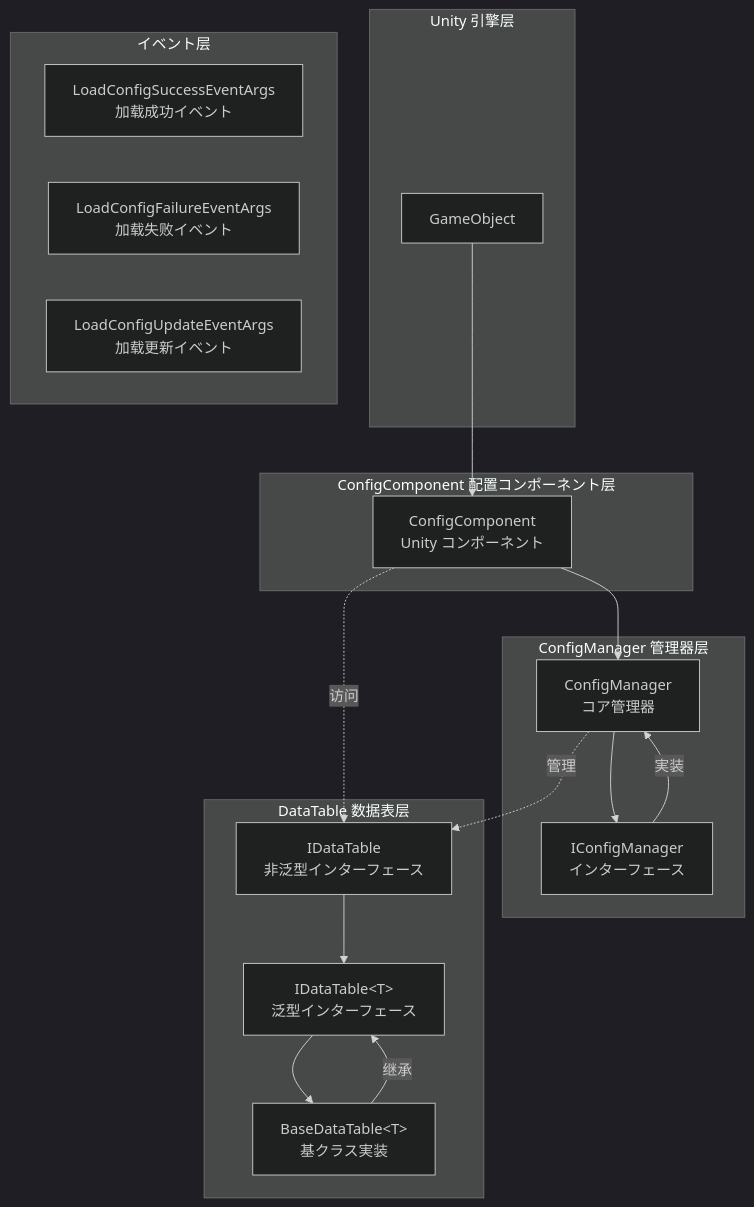
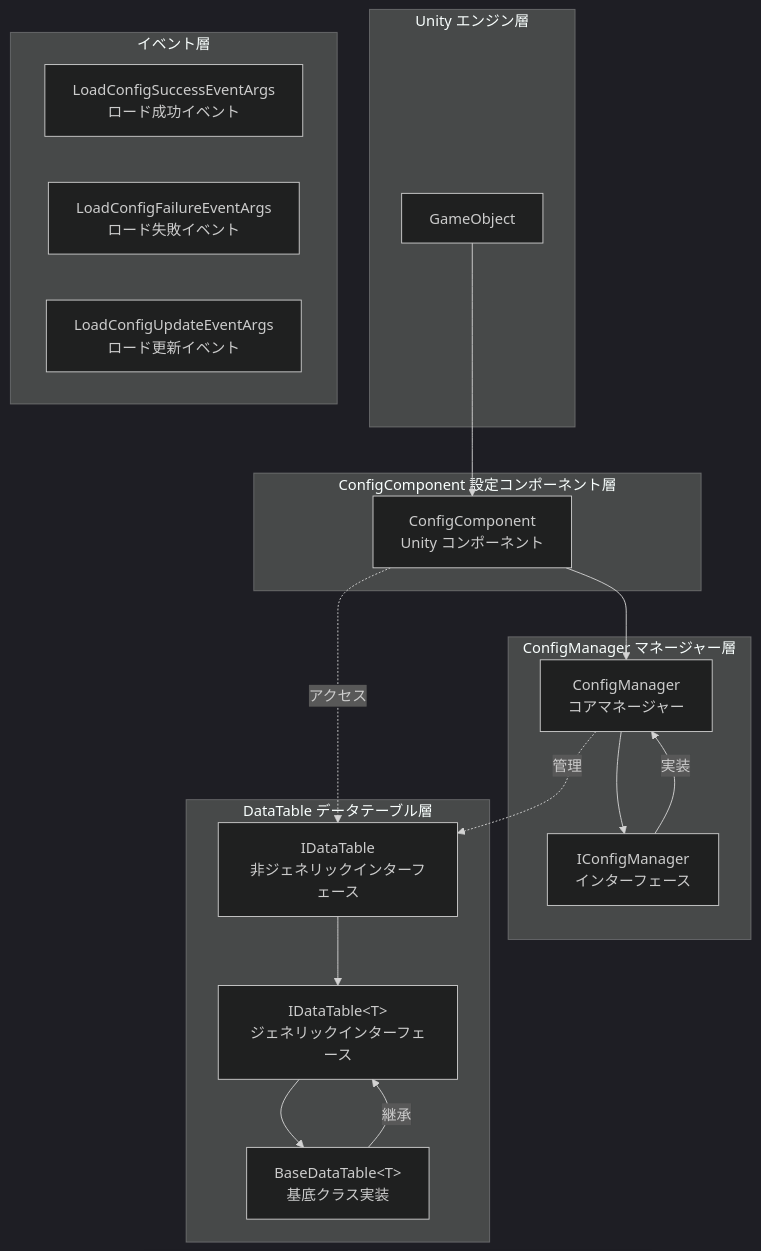
Before and after one commit to AlianBlank/GameFrameX.Docs: the first of 2 diagrams in docs/ja/client/unity/component/config/04.features.md, drawn with Mermaid (dark theme). The commit also changed other lines of this file and 320 other files, not shown here.

````diff
--- a/docs/ja/client/unity/component/config/04.features.md
+++ b/docs/ja/client/unity/component/config/04.features.md
@@ -20,38 +20,38 @@
 ```mermaid
 flowchart TD
-    subgraph Unity["Unity 引擎层"]
+    subgraph Unity["Unity エンジン層"]
         GameObject[GameObject]
     end
 
-    subgraph ConfigComponent_Layer["ConfigComponent 配置コンポーネント层"]
+    subgraph ConfigComponent_Layer["ConfigComponent 設定コンポーネント層"]
         CC[ConfigComponent<br/>Unity コンポーネント]
     end
 
-    subgraph ConfigManager_Layer["ConfigManager 管理器层"]
-        CM[ConfigManager<br/>コア管理器]
+    subgraph ConfigManager_Layer["ConfigManager マネージャー層"]
+        CM[ConfigManager<br/>コアマネージャー]
         ICM[IConfigManager<br/>インターフェース]
     end
 
-    subgraph DataTable_Layer["DataTable 数据表层"]
-        IDT[IDataTable<br/>非泛型インターフェース]
-        IDTG[IDataTable&lt;T&gt;<br/>泛型インターフェース]
-        BDT[BaseDataTable&lt;T&gt;<br/>基クラス実装]
+    subgraph DataTable_Layer["DataTable データテーブル層"]
+        IDT[IDataTable<br/>非ジェネリックインターフェース]
+        IDTG[IDataTable&lt;T&gt;<br/>ジェネリックインターフェース]
+        BDT[BaseDataTable&lt;T&gt;<br/>基底クラス実装]
     end
 
-    subgraph Event_Layer["イベント层"]
-        LSE[LoadConfigSuccessEventArgs<br/>加载成功イベント]
-        LFE[LoadConfigFailureEventArgs<br/>加载失败イベント]
-        LUE[LoadConfigUpdateEventArgs<br/>加载更新イベント]
+    subgraph Event_Layer["イベント層"]
+        LSE[LoadConfigSuccessEventArgs<br/>ロード成功イベント]
+        LFE[LoadConfigFailureEventArgs<br/>ロード失敗イベント]
+        LUE[LoadConfigUpdateEventArgs<br/>ロード更新イベント]
     end
 
     GameObject --> CC
     CC --> CM
     CM --> ICM
     ICM -->|実装| CM
     IDT --> IDTG
     IDTG --> BDT
-    BDT -->|继承| IDTG
+    BDT -->|継承| IDTG
 
     CM -.->|管理| IDT
-    CC -.->|访问| IDT
+    CC -.->|アクセス| IDT
 ```
````
